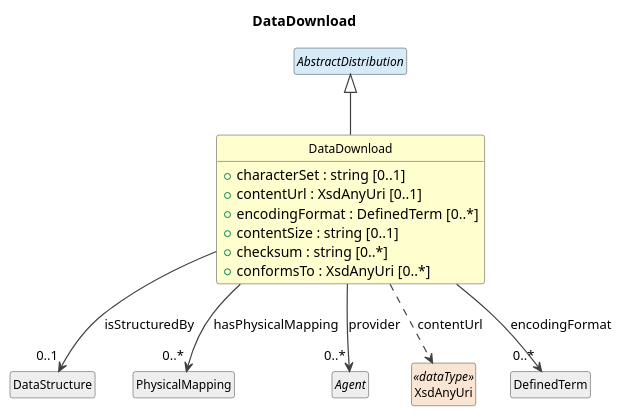
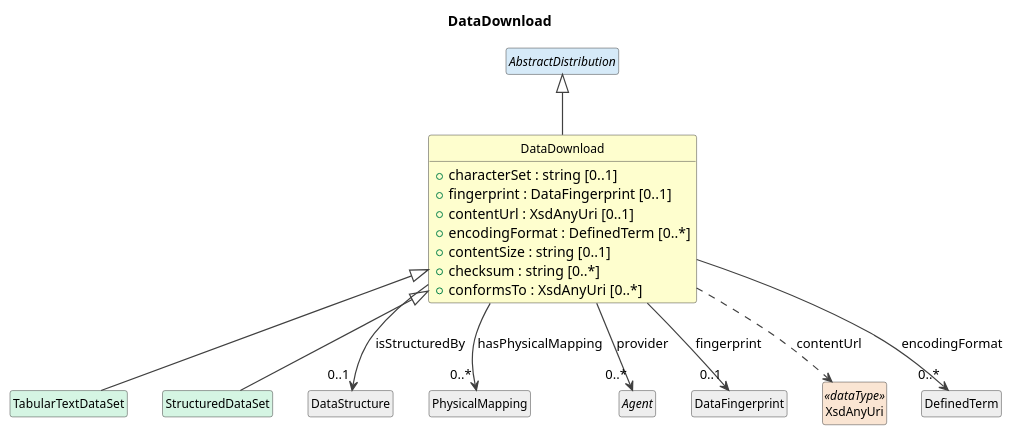
The diagram in cdif-uml-model/CDIFDataStructure/Classes/DataDownload.pu (Cross-Domain-Interoperability-Framework/metadataBuildingBlocks), drawn with PlantUML before and after one commit. The commit also changed 136 other files, not shown here.

First line of the commit message:
Regenerate UML model browser: DataDescription PhysicalDataSet subclasses

```diff
--- a/cdif-uml-model/CDIFDataStructure/Classes/DataDownload.pu
+++ b/cdif-uml-model/CDIFDataStructure/Classes/DataDownload.pu
@@ -1,34 +1,41 @@
 @startuml
 title DataDownload
 hide circle
 hide empty members
 skinparam shadowing false
 skinparam ArrowThickness 1.2
 skinparam class {
   ArrowColor #404040
   BorderColor #404040
   FontSize 12
 }
 
 class "DataDownload" as DataDownload #FEFECE {
   +characterSet : string [0..1]
+  +fingerprint : DataFingerprint [0..1]
   +contentUrl : XsdAnyUri [0..1]
   +encodingFormat : DefinedTerm [0..*]
   +contentSize : string [0..1]
   +checksum : string [0..*]
   +conformsTo : XsdAnyUri [0..*]
 }
 abstract class "AbstractDistribution" as AbstractDistribution #D6EAF8
 AbstractDistribution <|-- DataDownload
+class "TabularTextDataSet" as TabularTextDataSet #D5F5E3
+DataDownload <|-- TabularTextDataSet
+class "StructuredDataSet" as StructuredDataSet #D5F5E3
+DataDownload <|-- StructuredDataSet
 class "DataStructure" as DataStructure #EEEEEE
 DataDownload --> "0..1" DataStructure : isStructuredBy
 class "PhysicalMapping" as PhysicalMapping #EEEEEE
 DataDownload --> "0..*" PhysicalMapping : hasPhysicalMapping
 abstract class "Agent" as Agent #EEEEEE
 DataDownload --> "0..*" Agent : provider
+class "DataFingerprint" as DataFingerprint #EEEEEE
+DataDownload --> "0..1" DataFingerprint : fingerprint
 class "XsdAnyUri" as XsdAnyUri <<dataType>> #FAE5D3
 DataDownload ..> XsdAnyUri : contentUrl
 class "DefinedTerm" as DefinedTerm #EEEEEE
 DataDownload --> "0..*" DefinedTerm : encodingFormat
 
 @enduml
```
